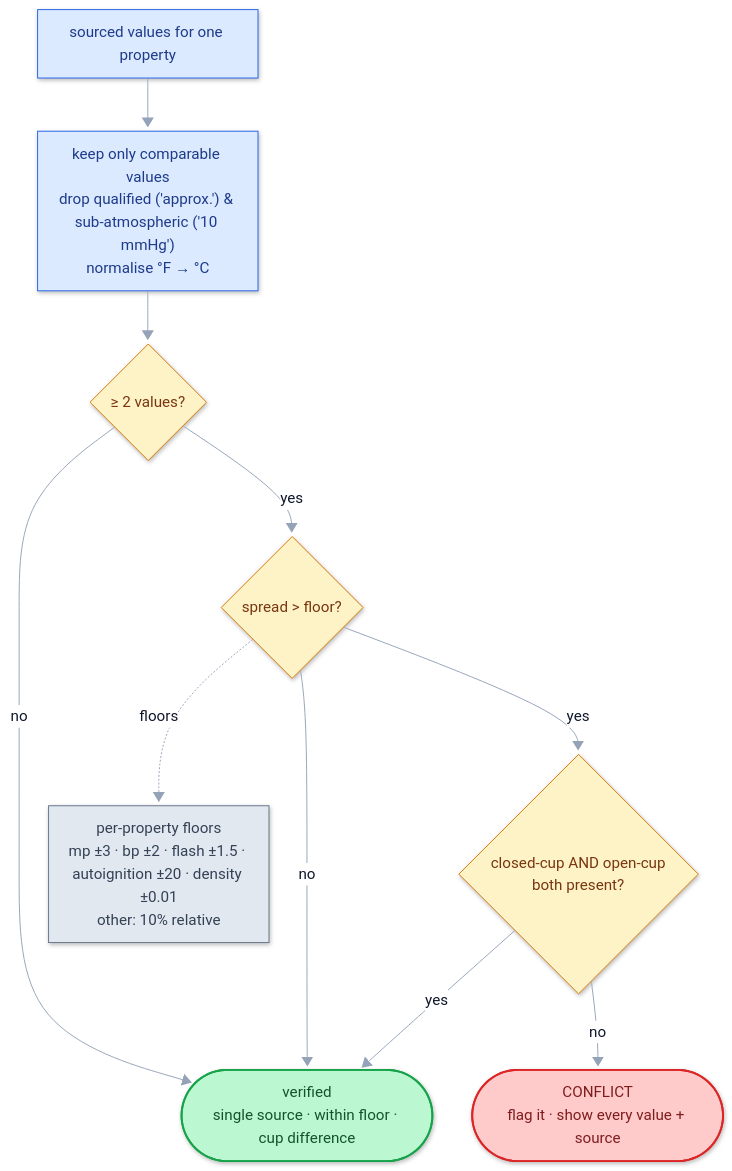
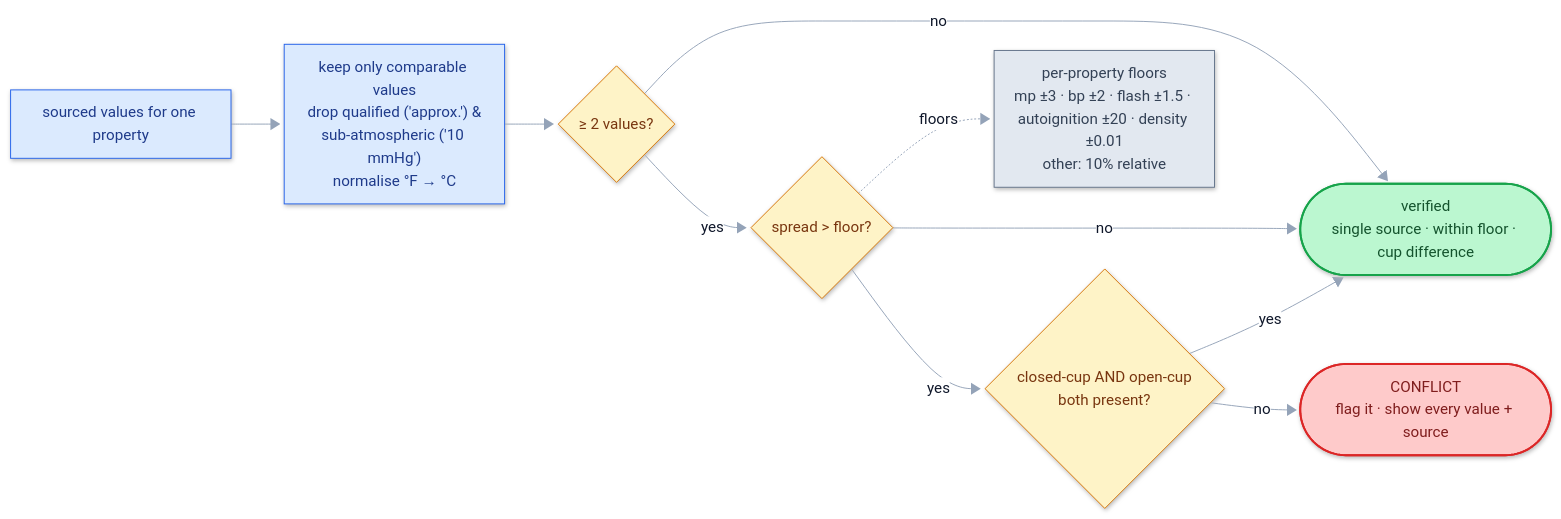
One commit to CL4Y68/chemfacts changed the fourth of 5 diagrams in README.md. Above: the diagram before and after it, drawn with Mermaid. The commit also changed other lines of this file and 1 other file, not shown here.

First line of the commit message:
diagrams: switch all flowcharts to horizontal (LR) layout

````diff
--- a/README.md
+++ b/README.md
@@ -172,31 +172,31 @@
 ```mermaid
 %%{init: {"look": "neo", "theme": "base", "themeVariables": {"lineColor": "#94a3b8", "primaryTextColor": "#0f172a", "edgeLabelBackground": "#ffffff"}, "flowchart": {"curve": "basis", "htmlLabels": true, "nodeSpacing": 42, "rankSpacing": 56, "padding": 10}} }%%
-flowchart TD
+flowchart LR
     A["sourced values for one property"]:::proc
-    B["keep only comparable values<br/>drop qualified ('approx.') & sub-atmospheric ('10 mmHg')<br/>normalise °F → °C"]:::proc
+    B["keep only comparable values<br/>drop qualified ('approx.') &<br/>sub-atmospheric ('10 mmHg')<br/>normalise °F → °C"]:::proc
     C{"≥ 2 values?"}:::decide
     D{"spread > floor?"}:::decide
     E{"closed-cup AND open-cup<br/>both present?"}:::decide
     V(["verified<br/>single source · within floor · cup difference"]):::ok
     X(["CONFLICT<br/>flag it · show every value + source"]):::warn
     N["per-property floors<br/>mp ±3 · bp ±2 · flash ±1.5 · autoignition ±20 · density ±0.01<br/>other: 10% relative"]:::plain
 
     A --> B --> C
     C -- "no" --> V
     C -- "yes" --> D
     D -- "no" --> V
     D -- "yes" --> E
     E -- "yes" --> V
     E -- "no" --> X
     D -. "floors" .-> N
     classDef io      fill:#e0e7ff,stroke:#4f46e5,stroke-width:2px,color:#312e81
     classDef proc    fill:#dbeafe,stroke:#2563eb,color:#1e3a8a
     classDef decide  fill:#fef3c7,stroke:#d97706,color:#78350f
     classDef store   fill:#d1fae5,stroke:#059669,color:#064e3b
     classDef ok      fill:#bbf7d0,stroke:#16a34a,stroke-width:2px,color:#14532d
     classDef warn    fill:#fecaca,stroke:#dc2626,stroke-width:2px,color:#7f1d1d
     classDef plain   fill:#e2e8f0,stroke:#64748b,color:#334155
     classDef card   fill:#ede9fe,stroke:#7c3aed,stroke-width:2px,color:#4c1d95
     classDef mcp    fill:#cffafe,stroke:#0891b2,color:#164e63
     classDef ext    fill:#f8fafc,stroke:#94a3b8,stroke-dasharray:5 4,color:#475569
 ```
````
